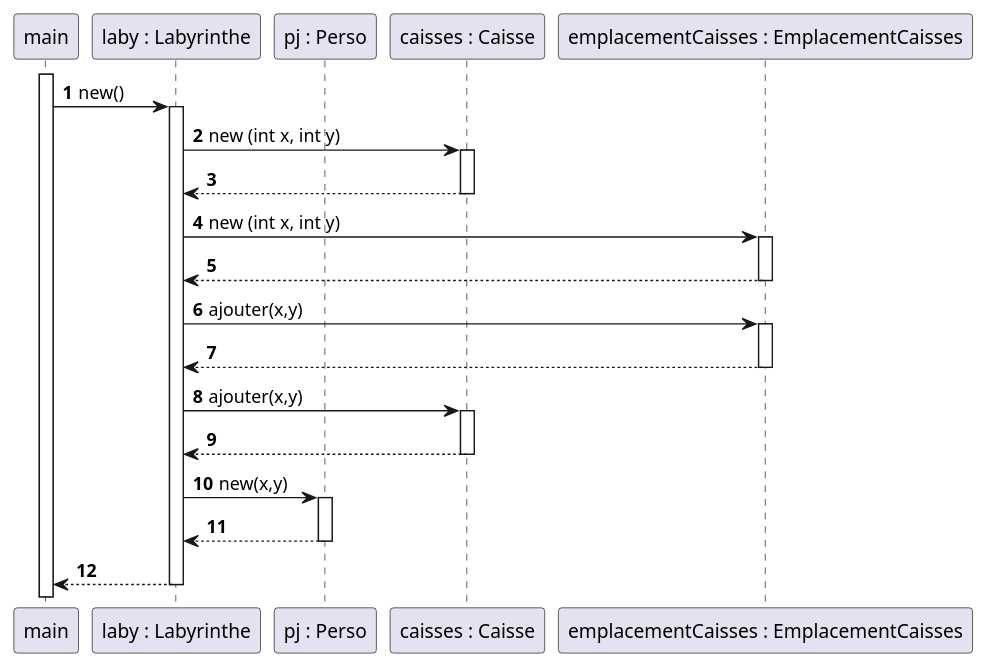
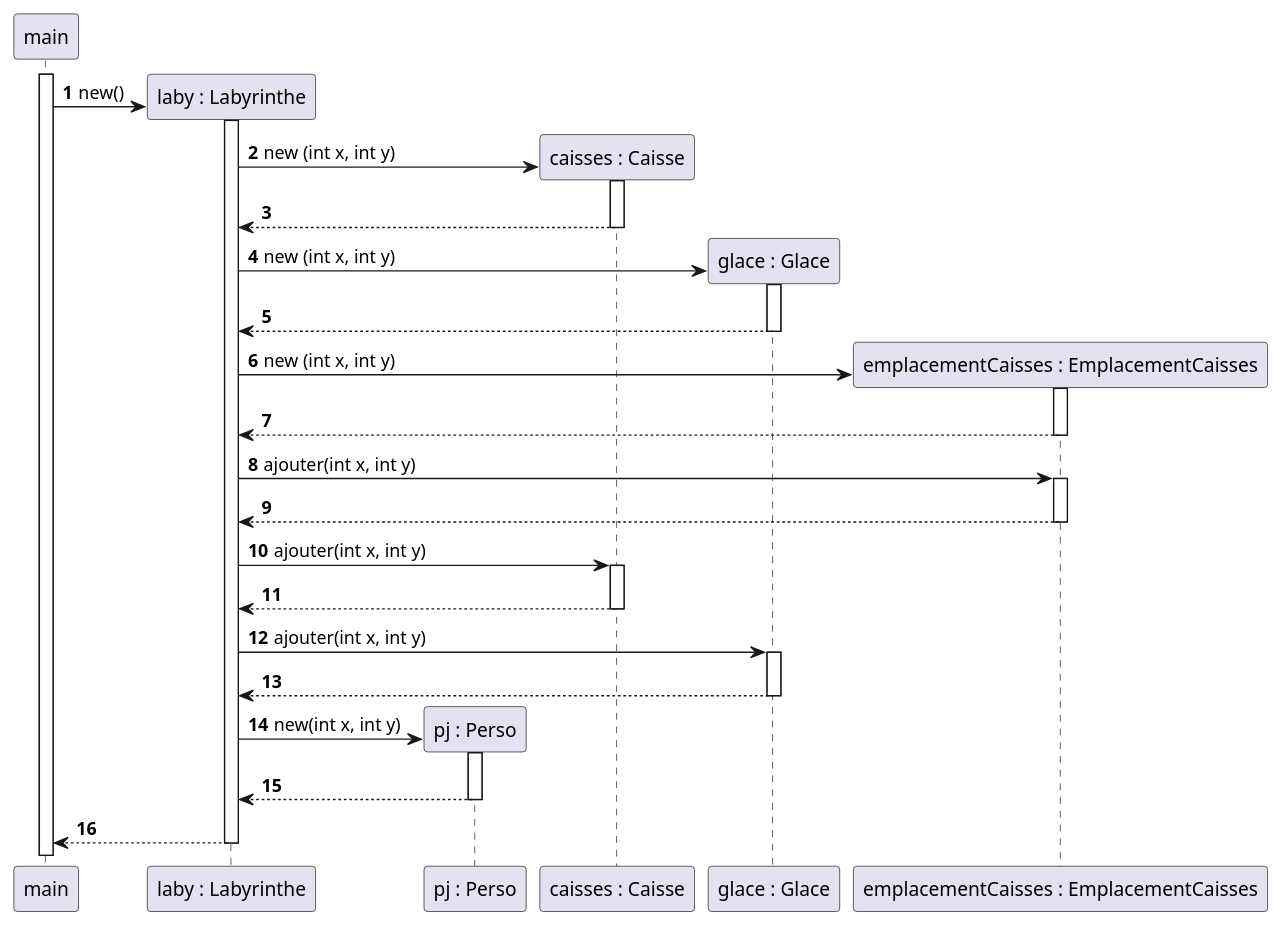
One commit to Flotss/Zeldiablo changed the diagram in documents/version_4/Diagramme sequence Creation.puml. Above: the diagram before and after it, drawn with PlantUML. The commit also changed 2 other files, not shown here.

Commit message:
ajout diagramme sequence v4

```diff
--- a/documents/version_4/Diagramme sequence Creation.puml
+++ b/documents/version_4/Diagramme sequence Creation.puml
@@ -1,45 +1,62 @@
 @startuml
 'https://plantuml.com/sequence-diagram
 participant "main" as m
 participant "laby : Labyrinthe" as l
 participant "pj : Perso" as p
 participant "caisses : Caisse" as c
+participant "glace : Glace" as g
 participant "emplacementCaisses : EmplacementCaisses" as ep
 
 autonumber
 
 
 
 activate m
 
+create l
 m -> l : new()
 activate l
 
+create c
 l -> c : new (int x, int y)
 activate c
 l <-- c
 deactivate c
+
+create g
+l -> g : new (int x, int y)
+activate g
+l <-- g
+deactivate g
+
+create ep
 l -> ep : new (int x, int y)
 activate ep
 l <-- ep
 deactivate ep
 
-l -> ep : ajouter(x,y)
+l -> ep : ajouter(int x, int y)
 activate ep
 l <-- ep
 deactivate ep
 
-l -> c : ajouter(x,y)
+l -> c : ajouter(int x, int y)
 activate c
 l <-- c
 deactivate c
-l -> p : new(x,y)
+l -> g : ajouter(int x, int y)
+activate g
+l <-- g
+deactivate g
+
+create p
+l -> p : new(int x, int y)
 activate p
 l <-- p
 deactivate p
 m <-- l
 deactivate l
 
 
 
 @enduml
```
